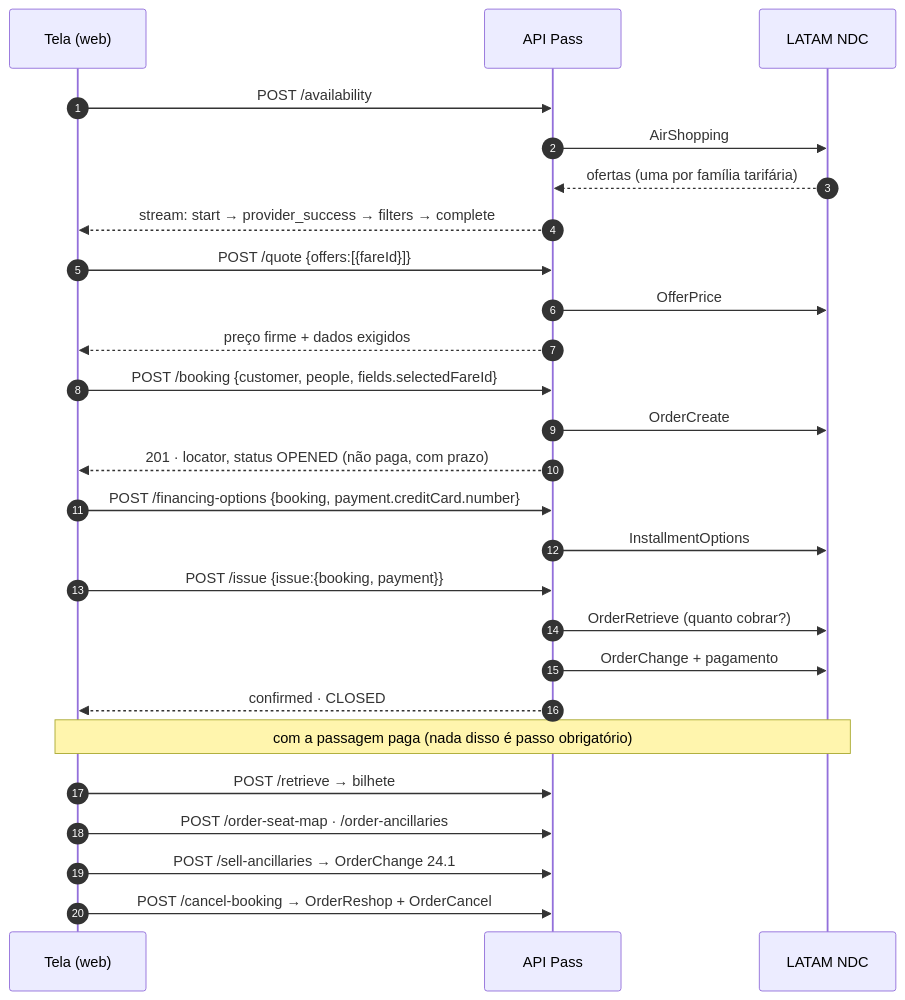
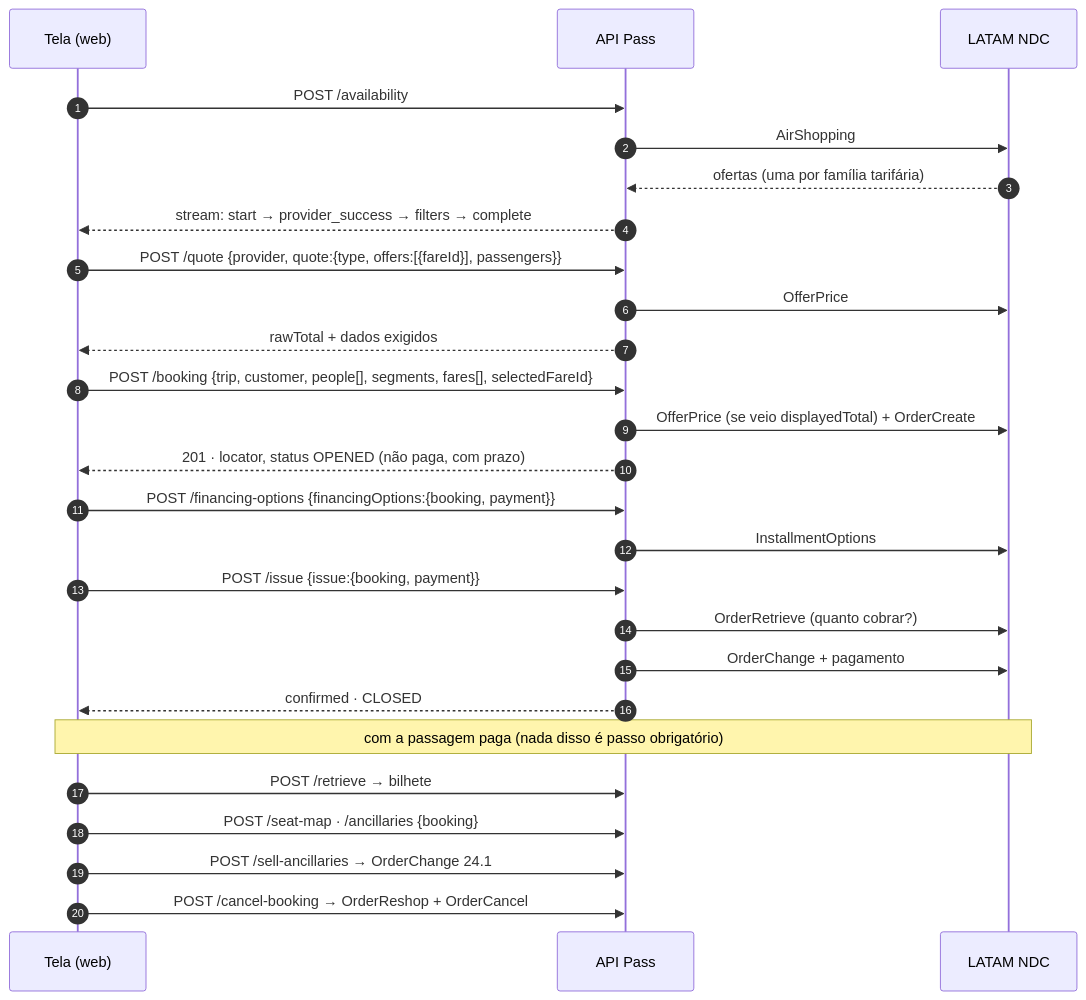
Before and after one commit to geisongomsdev/Travel-Fusion: the diagram in docs/latam/rotas.md, drawn with Mermaid. The commit also changed other lines of this file and 24 other files, not shown here.

````diff
--- a/docs/latam/rotas.md
+++ b/docs/latam/rotas.md
@@ -47,33 +57,33 @@
 ```mermaid
 sequenceDiagram
     autonumber
     participant T as Tela (web)
     participant A as API Pass
     participant L as LATAM NDC
 
     T->>A: POST /availability
     A->>L: AirShopping
     L-->>A: ofertas (uma por família tarifária)
     A-->>T: stream: start → provider_success → filters → complete
 
-    T->>A: POST /quote {offers:[{fareId}]}
+    T->>A: POST /quote {provider, quote:{type, offers:[{fareId}], passengers}}
     A->>L: OfferPrice
-    A-->>T: preço firme + dados exigidos
+    A-->>T: rawTotal + dados exigidos
 
-    T->>A: POST /booking {customer, people, fields.selectedFareId}
-    A->>L: OrderCreate
+    T->>A: POST /booking {trip, customer, people[], segments, fares[], selectedFareId}
+    A->>L: OfferPrice (se veio displayedTotal) + OrderCreate
     A-->>T: 201 · locator, status OPENED (não paga, com prazo)
 
-    T->>A: POST /financing-options {booking, payment.creditCard.number}
+    T->>A: POST /financing-options {financingOptions:{booking, payment}}
     A->>L: InstallmentOptions
     T->>A: POST /issue {issue:{booking, payment}}
     A->>L: OrderRetrieve (quanto cobrar?)
     A->>L: OrderChange + pagamento
     A-->>T: confirmed · CLOSED
 
     Note over T,L: com a passagem paga (nada disso é passo obrigatório)
     T->>A: POST /retrieve → bilhete
-    T->>A: POST /order-seat-map · /order-ancillaries
+    T->>A: POST /seat-map · /ancillaries {booking}
     T->>A: POST /sell-ancillaries → OrderChange 24.1
     T->>A: POST /cancel-booking → OrderReshop + OrderCancel
 ```
````
